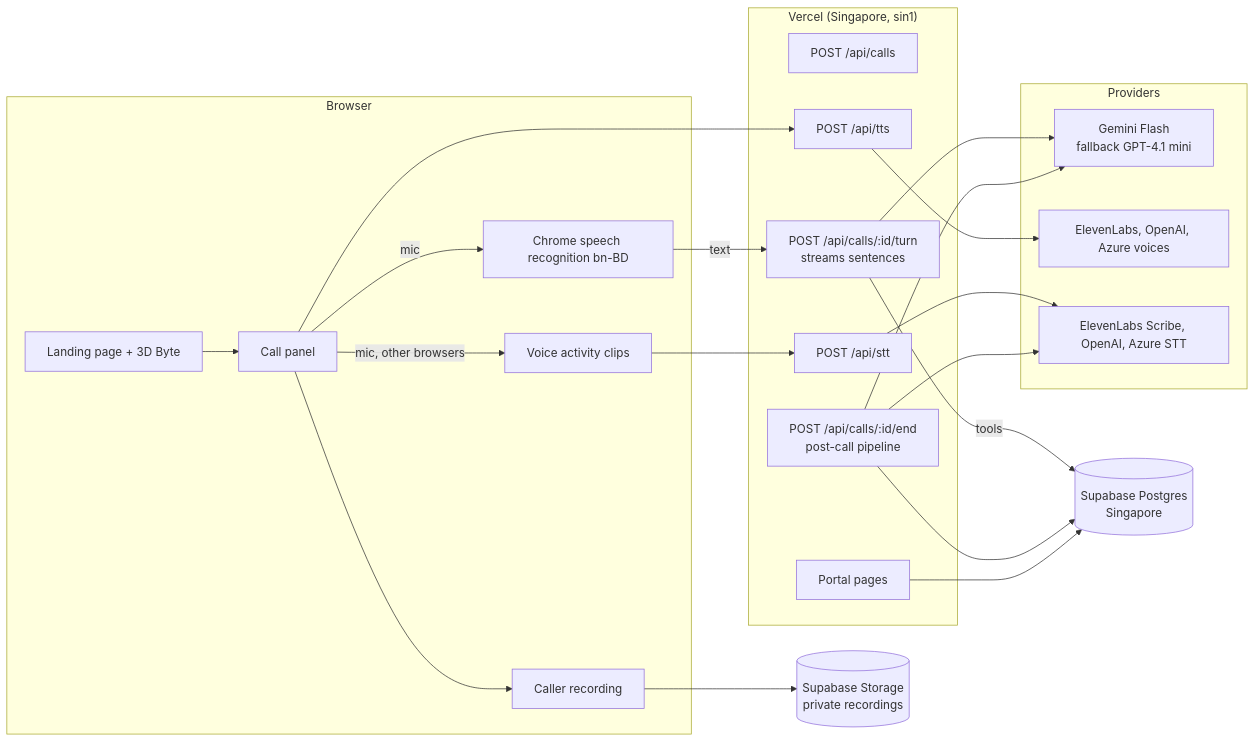
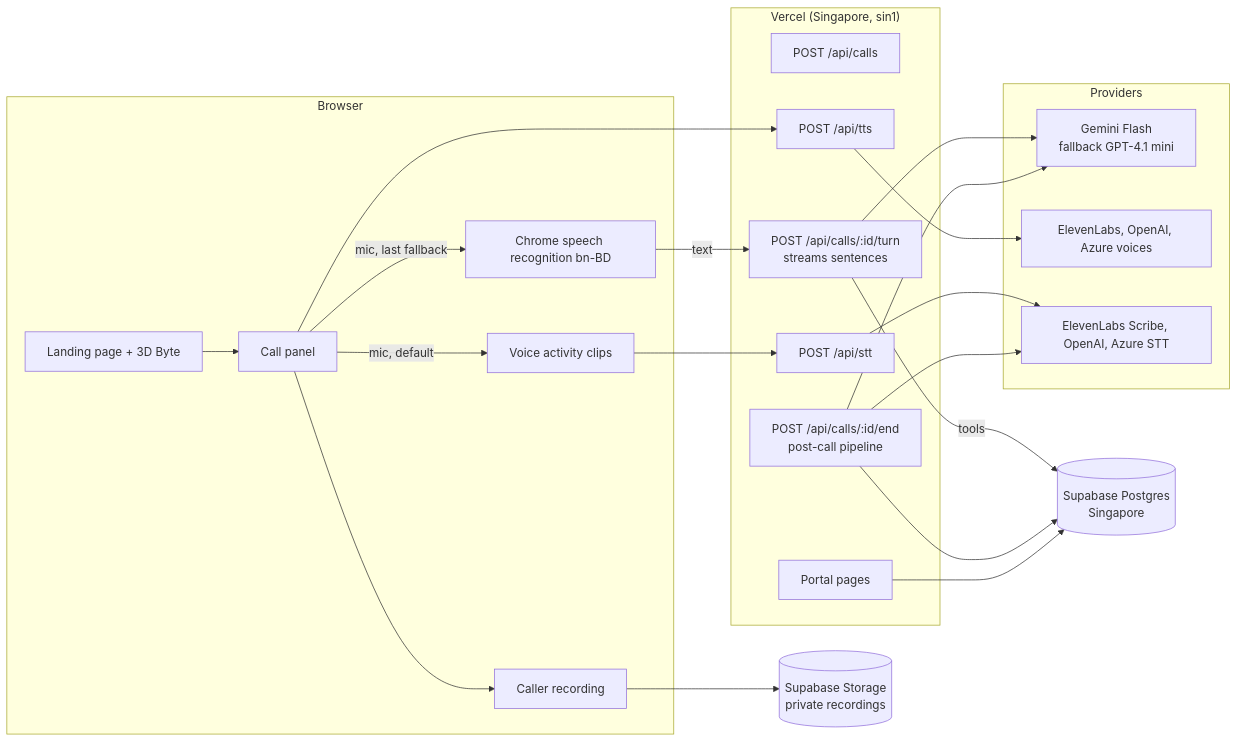
Before and after one commit to IKARUSops/3D-conversational-AI: the diagram in README.md, drawn with Mermaid. The commit also changed other lines of this file and 11 other files, not shown here.

Commit message:
feat: server STT first (ElevenLabs, OpenAI, Azure), Chrome last; Bangla-only calls

````diff
--- a/README.md
+++ b/README.md
@@ -71,34 +80,34 @@
 ```mermaid
 flowchart LR
   subgraph Browser
     LP[Landing page + 3D Byte] --> CP[Call panel]
-    CP -->|mic| STT[Chrome speech recognition bn-BD]
-    CP -->|mic, other browsers| VAD[Voice activity clips]
+    CP -->|mic, last fallback| STT[Chrome speech recognition bn-BD]
+    CP -->|mic, default| VAD[Voice activity clips]
     CP --> REC[Caller recording]
   end
   subgraph Vercel["Vercel (Singapore, sin1)"]
     API1[POST /api/calls]
     TURN[POST /api/calls/:id/turn<br/>streams sentences]
     TTS[POST /api/tts]
     SSTT[POST /api/stt]
     END[POST /api/calls/:id/end<br/>post-call pipeline]
     PORTAL[Portal pages]
   end
   subgraph Providers
     LLM[Gemini Flash<br/>fallback GPT-4.1 mini]
     VOICE[ElevenLabs, OpenAI, Azure voices]
     ASR[ElevenLabs Scribe, OpenAI, Azure STT]
   end
   DB[(Supabase Postgres<br/>Singapore)]
   ST[(Supabase Storage<br/>private recordings)]
   STT -->|text| TURN
   VAD --> SSTT --> ASR
   TURN --> LLM
   TURN -->|tools| DB
   CP --> TTS --> VOICE
   REC --> ST
   END --> ASR
   END --> LLM
   END --> DB
   PORTAL --> DB
 ```
````
